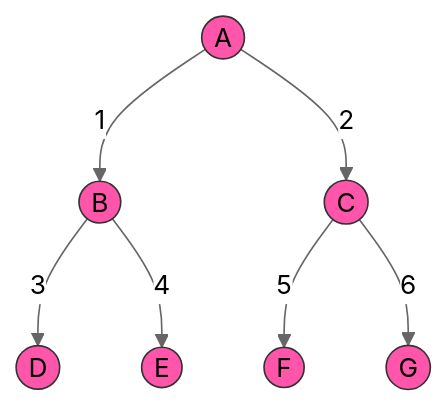
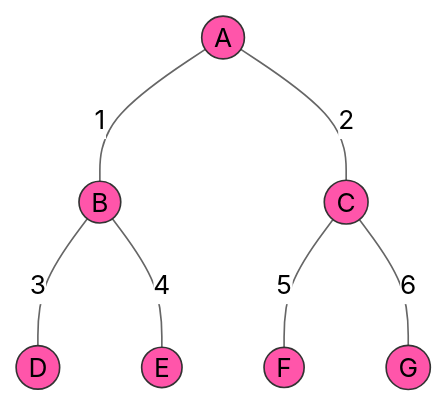
The fifth of 26 diagrams in docs/10.软考/10.软件设计师/10.数据结构与算法/15.树.md (mujin-lin/mujin-blog), drawn with Mermaid (neutral theme) before and after one commit. The commit also changed other lines of this file and 2 other files, not shown here.

Commit message:
整理树的文章，增加图的文章内容

````diff
--- a/docs/10.软考/10.软件设计师/10.数据结构与算法/15.树.md
+++ b/docs/10.软考/10.软件设计师/10.数据结构与算法/15.树.md
@@ -235,16 +235,16 @@
     ```mermaid
     graph TD
-        A((A)) -->|1| B((B))
-        A((A)) -->|2| C((C))
-        B((B)) -->|3| D((D))
-        B((B)) -->|4| E((E))
-        C((C)) -->|5| F((F))
-        C((C)) -->|6| G((G))
+        A((A)) ---|1| B((B))
+        A((A)) ---|2| C((C))
+        B((B)) ---|3| D((D))
+        B((B)) ---|4| E((E))
+        C((C)) ---|5| F((F))
+        C((C)) ---|6| G((G))
         style A fill:#f5a,stroke:#333
         style B fill:#f5a,stroke:#333
         style C fill:#f5a,stroke:#333
         style D fill:#f5a,stroke:#333
         style E fill:#f5a,stroke:#333
         style F fill:#f5a,stroke:#333
         style G fill:#f5a,stroke:#333
     ```
````
